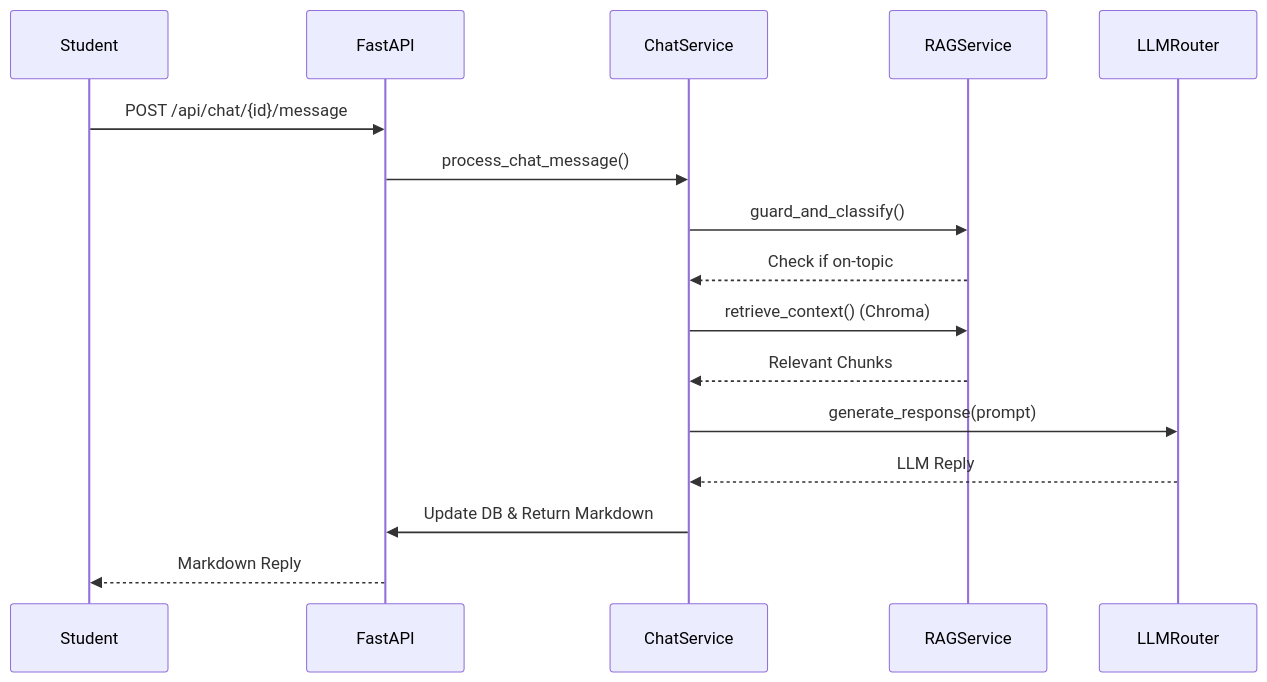
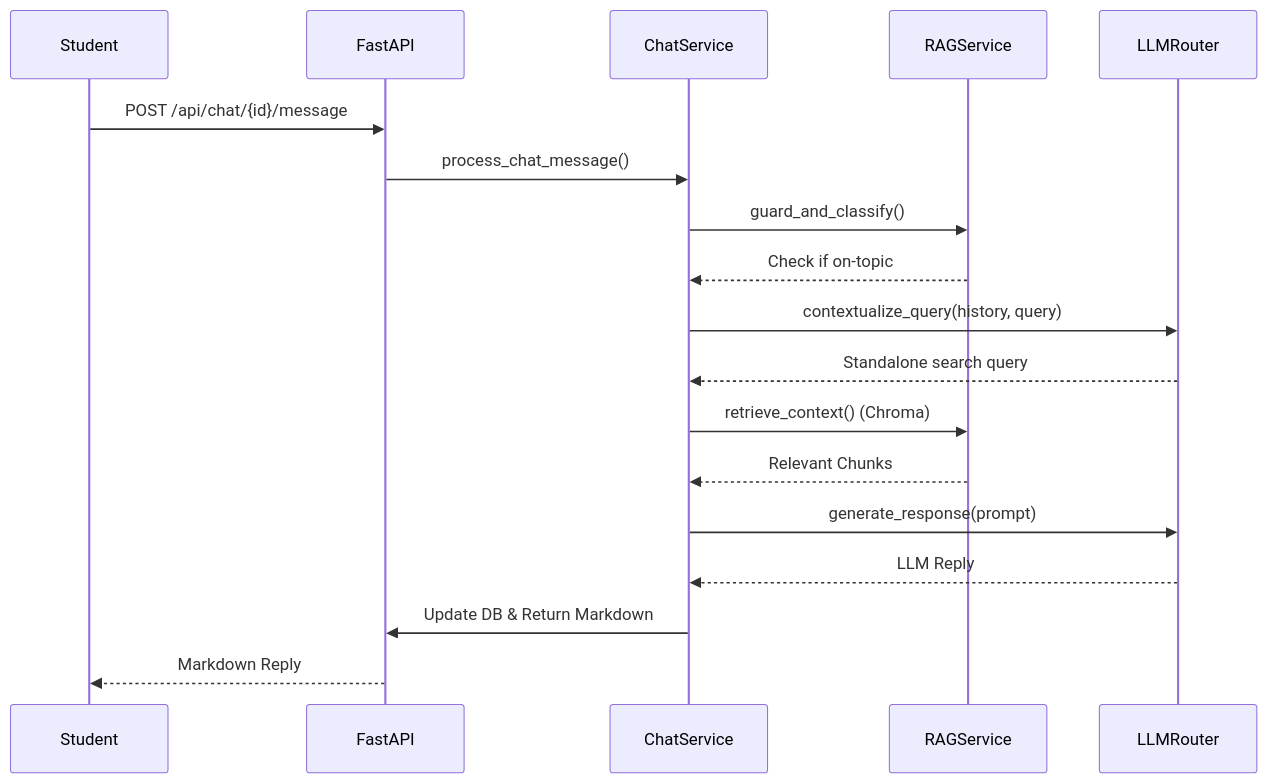
Before and after one commit to sureshkumarhere/Semester_7_Project: the third of 11 diagrams in docs/PROJECT_GUIDE.md, drawn with Mermaid. The commit also changed other lines of this file and 6 other files, not shown here.

````diff
--- a/docs/PROJECT_GUIDE.md
+++ b/docs/PROJECT_GUIDE.md
@@ -138,19 +138,21 @@
 ```mermaid
 sequenceDiagram
     participant S as Student
     participant API as FastAPI
     participant CS as ChatService
     participant RS as RAGService
     participant LLM as LLMRouter
 
     S->>API: POST /api/chat/{id}/message
     API->>CS: process_chat_message()
     CS->>RS: guard_and_classify()
     RS-->>CS: Check if on-topic
+    CS->>LLM: contextualize_query(history, query)
+    LLM-->>CS: Standalone search query
     CS->>RS: retrieve_context() (Chroma)
     RS-->>CS: Relevant Chunks
     CS->>LLM: generate_response(prompt)
     LLM-->>CS: LLM Reply
     CS->>API: Update DB & Return Markdown
     API-->>S: Markdown Reply
 ```
````
